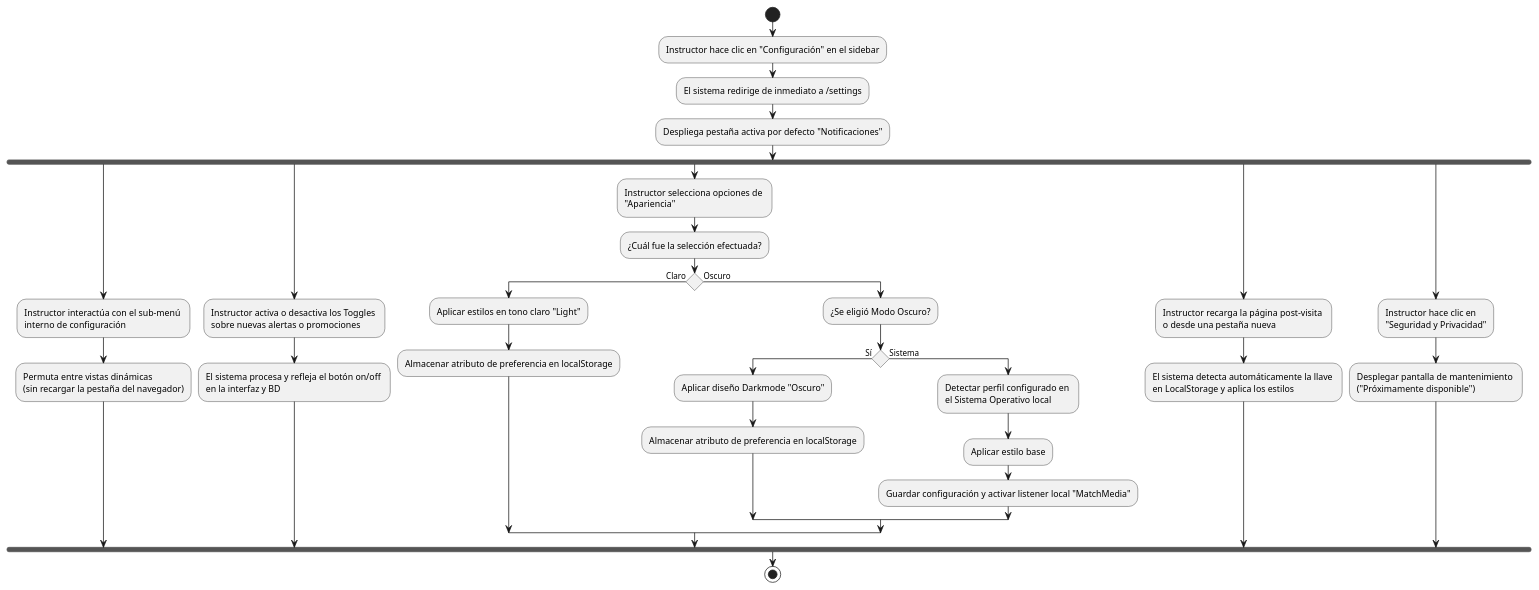
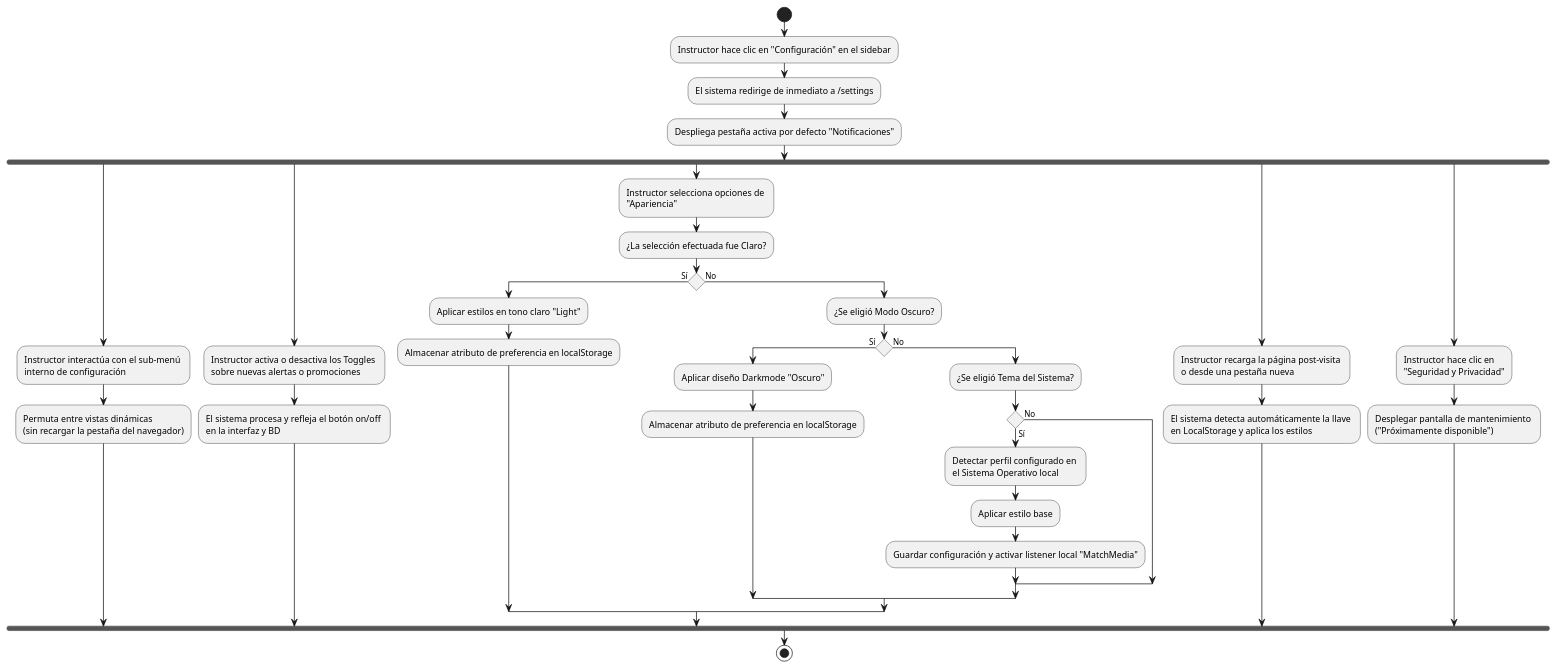
The diagram in document/diagrama_actividades/INS/INS-11.md (MasterErrorCLONE04/SIGERD.1.0), drawn with PlantUML before and after one commit. The commit also changed 18 other files, not shown here.

````diff
--- a/document/diagrama_actividades/INS/INS-11.md
+++ b/document/diagrama_actividades/INS/INS-11.md
@@ -20,45 +20,49 @@
 ```plantuml
 @startuml
 skinparam ConditionEndStyle hline
 
 start
 
 :Instructor hace clic en "Configuración" en el sidebar;
 :El sistema redirige de inmediato a /settings;
 :Despliega pestaña activa por defecto "Notificaciones";
 
 fork
   :Instructor interactúa con el sub-menú \ninterno de configuración;
   :Permuta entre vistas dinámicas \n(sin recargar la pestaña del navegador);
 fork again
   :Instructor activa o desactiva los Toggles \nsobre nuevas alertas o promociones;
   :El sistema procesa y refleja el botón on/off \nen la interfaz y BD;
 fork again
   :Instructor selecciona opciones de \n"Apariencia";
   
-  :¿Cuál fue la selección efectuada?;
-  if () then (Claro)
+  :¿La selección efectuada fue Claro?;
+  if () then (Sí)
     :Aplicar estilos en tono claro "Light";
     :Almacenar atributo de preferencia en localStorage;
-  else (Oscuro)
+  else (No)
     :¿Se eligió Modo Oscuro?;
     if () then (Sí)
       :Aplicar diseño Darkmode "Oscuro";
       :Almacenar atributo de preferencia en localStorage;
-    else (Sistema)
-      :Detectar perfil configurado en \nel Sistema Operativo local;
-      :Aplicar estilo base;
-      :Guardar configuración y activar listener local "MatchMedia";
+    else (No)
+      :¿Se eligió Tema del Sistema?;
+      if () then (Sí)
+        :Detectar perfil configurado en \nel Sistema Operativo local;
+        :Aplicar estilo base;
+        :Guardar configuración y activar listener local "MatchMedia";
+      else (No)
+      endif
     endif
   endif
 fork again
   :Instructor recarga la página post-visita \no desde una pestaña nueva;
   :El sistema detecta automáticamente la llave \nen LocalStorage y aplica los estilos;
 fork again
   :Instructor hace clic en \n"Seguridad y Privacidad";
   :Desplegar pantalla de mantenimiento \n("Próximamente disponible");
 end fork
 
 stop
 @enduml
 ```
````
